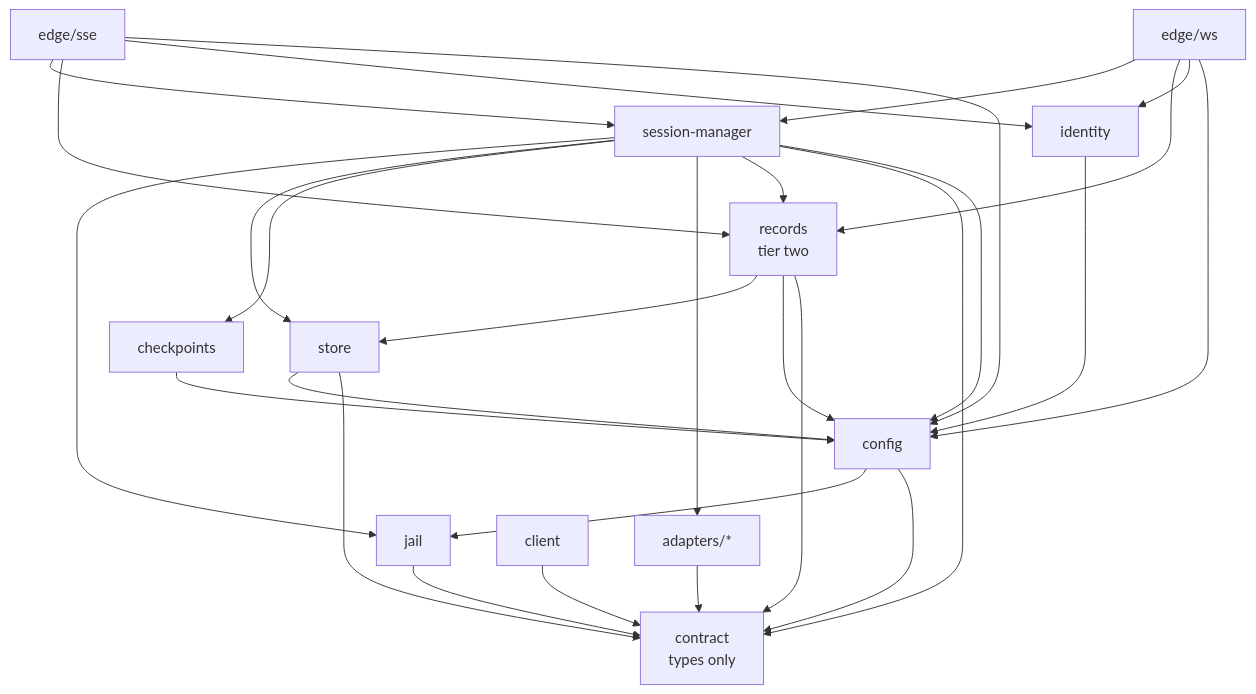
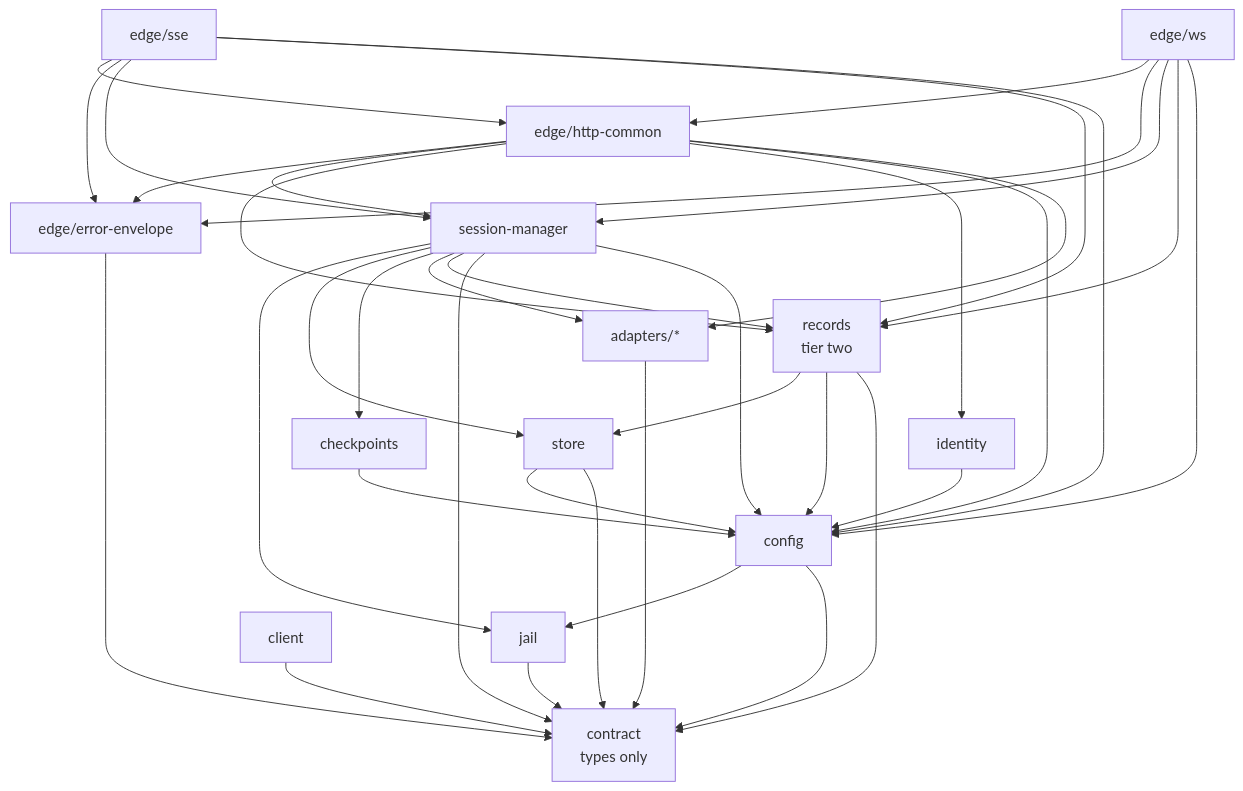
The second of 2 diagrams in design/10-design.md (The-Running-Dev/SubZeroDev.SkyNetHR), drawn with Mermaid before and after one commit. The commit also changed other lines of this file and 2 other files, not shown here.

First line of the commit message:
Reconcile: close the Turn divergences, correct I5, the error split and the module set

````diff
--- a/design/10-design.md
+++ b/design/10-design.md
@@ -869,43 +881,54 @@
 ```mermaid
 flowchart TD
     CT["contract<br/>types only"]
     CF["config"]
     ID["identity"]
     JL["jail"]
     ST["store"]
     CK["checkpoints"]
     AD["adapters/*"]
     RC["records<br/>tier two"]
     SM["session-manager"]
+    HC["edge/http-common"]
+    EE["edge/error-envelope"]
     EH["edge/sse"]
     EW["edge/ws"]
     CL["client"]
 
     SM --> JL
     SM --> ST
     SM --> CK
     SM --> AD
     SM --> RC
     SM --> CT
     SM --> CF
+    EH --> HC
+    EH --> EE
     EH --> SM
     EH --> RC
-    EH --> ID
     EH --> CF
+    EW --> HC
+    EW --> EE
     EW --> SM
     EW --> RC
-    EW --> ID
     EW --> CF
+    HC --> EE
+    HC --> SM
+    HC --> RC
+    HC --> ID
+    HC --> CF
+    HC --> AD
+    EE --> CT
     ID --> CF
     CF --> JL
     CF --> CT
     ST --> CF
     CK --> CF
     RC --> ST
     RC --> CF
     RC --> CT
     AD --> CT
     JL --> CT
     ST --> CT
     CL --> CT
 ```
````
